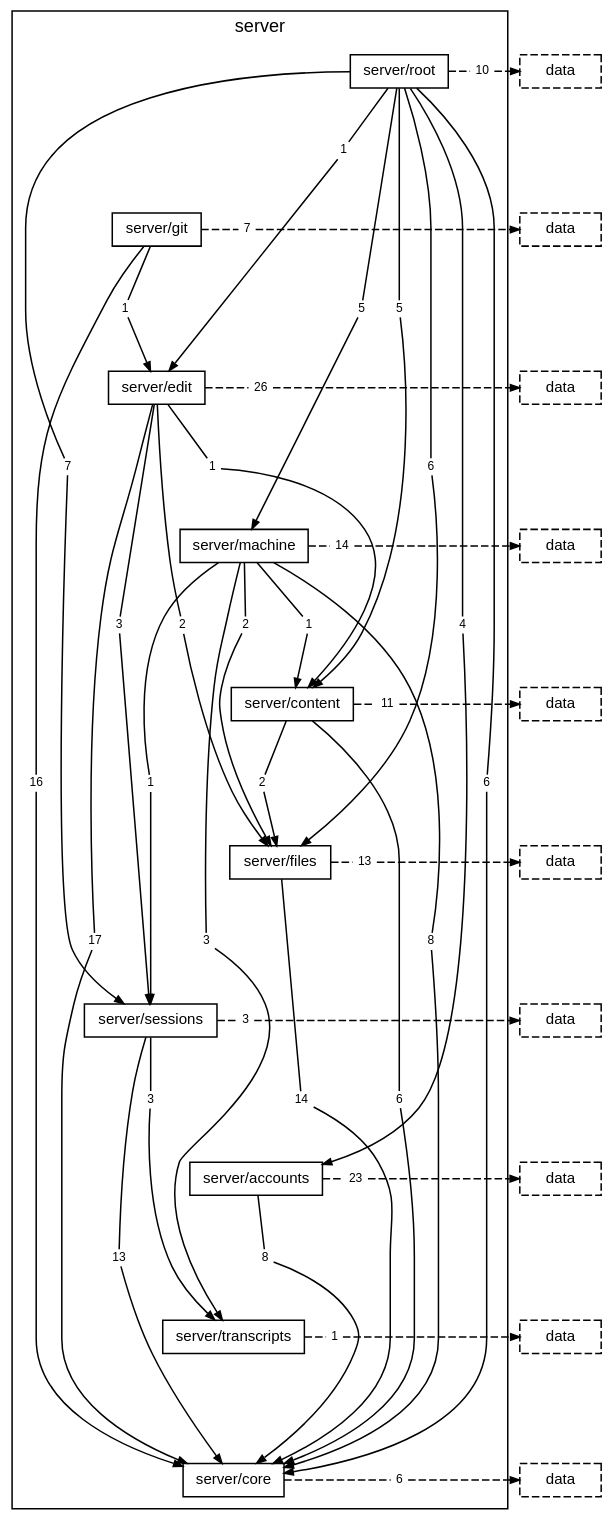
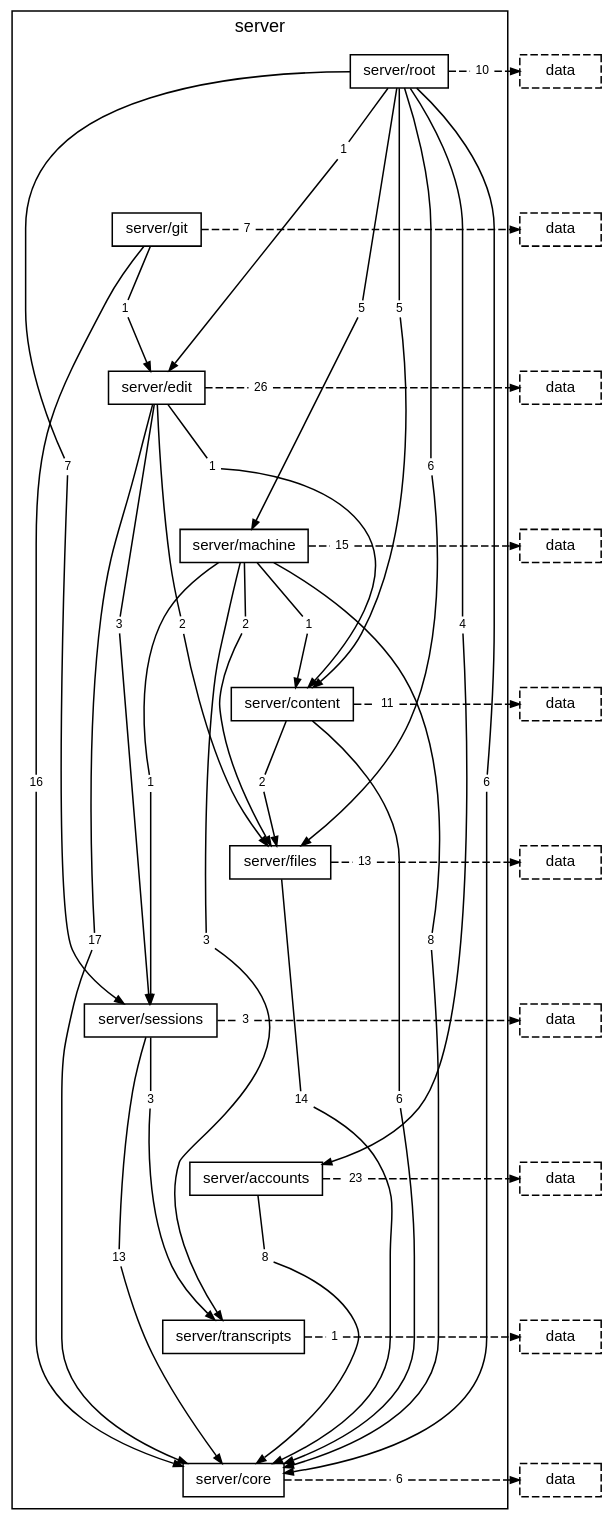
One commit to TheAxeC/oculus changed the diagram in docs/diagrams/layer-server.dot. Above: the diagram before and after it, drawn with Graphviz. The commit also changed 92 other files, not shown here.

```diff
--- a/docs/diagrams/layer-server.dot
+++ b/docs/diagrams/layer-server.dot
@@ -35,7 +35,7 @@
         "folder server/machine to folder server/files" [label="2", shape=box, color="transparent", fontsize=8, width=0, height=0, margin="0.04,0.02"];
         "folder server/machine to folder server/sessions" [label="1", shape=box, color="transparent", fontsize=8, width=0, height=0, margin="0.04,0.02"];
         "folder server/machine to folder server/transcripts" [label="3", shape=box, color="transparent", fontsize=8, width=0, height=0, margin="0.04,0.02"];
-        "folder server/machine to layer data" [label="14", shape=box, color="transparent", fontsize=8, width=0, height=0, margin="0.04,0.02"];
+        "folder server/machine to layer data" [label="15", shape=box, color="transparent", fontsize=8, width=0, height=0, margin="0.04,0.02"];
         "folder server/content to folder server/core" [label="6", shape=box, color="transparent", fontsize=8, width=0, height=0, margin="0.04,0.02"];
         "folder server/content to folder server/files" [label="2", shape=box, color="transparent", fontsize=8, width=0, height=0, margin="0.04,0.02"];
         "folder server/content to layer data" [label="11", shape=box, color="transparent", fontsize=8, width=0, height=0, margin="0.04,0.02"];
```
